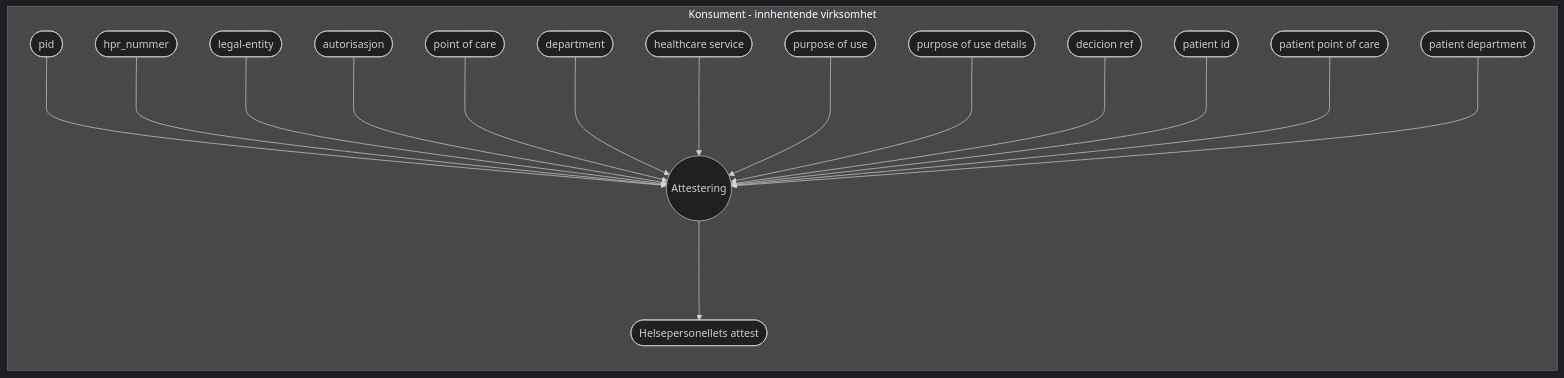
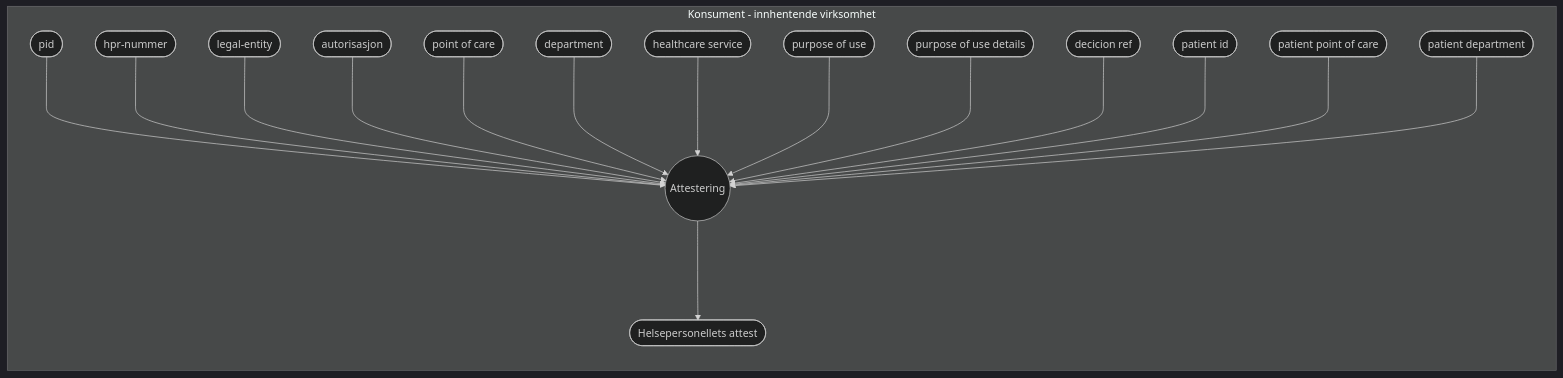
Before and after one commit to NorskHelsenett/Tillitsrammeverk: the third of 3 diagrams in specs/informasjons_og_datamodell.md, drawn with Mermaid (dark theme). The commit also changed other lines of this file, not shown here.

````diff
--- a/specs/informasjons_og_datamodell.md
+++ b/specs/informasjons_og_datamodell.md
@@ -239,40 +239,40 @@
 ```mermaid
 
 flowchart TB
 subgraph Konsument - innhentende virksomhet
 	direction LR
 		pid([pid])
-		hprid([hpr_nummer])		
+		hprid([hpr-nummer])		
 		legalEntity([legal-entity])
 		authorization([autorisasjon])
 		poc([point of care])
 		department([department])
 		hcs([healthcare service])
 		pou([purpose of use])
 		poud([purpose of use details])
 		dec([decicion ref])
 		pat_id([patient id])
 		pat_poc([patient point of care])
 		pat_dep([patient department])
 	direction TB
 		consumer_attestation((Attestering))
 		hp_attest([Helsepersonellets attest])
 	
 	pid--->consumer_attestation
 	hprid--->consumer_attestation
 	legalEntity--->consumer_attestation
 	authorization--->consumer_attestation
 	poc--->consumer_attestation
 	department--->consumer_attestation
 	hcs--->consumer_attestation
 	pou--->consumer_attestation
 	poud--->consumer_attestation
 	dec--->consumer_attestation
 	pat_id--->consumer_attestation
 	pat_poc--->consumer_attestation
 	pat_dep--->consumer_attestation
 
 	consumer_attestation--->hp_attest
 
 end
 ```
````
